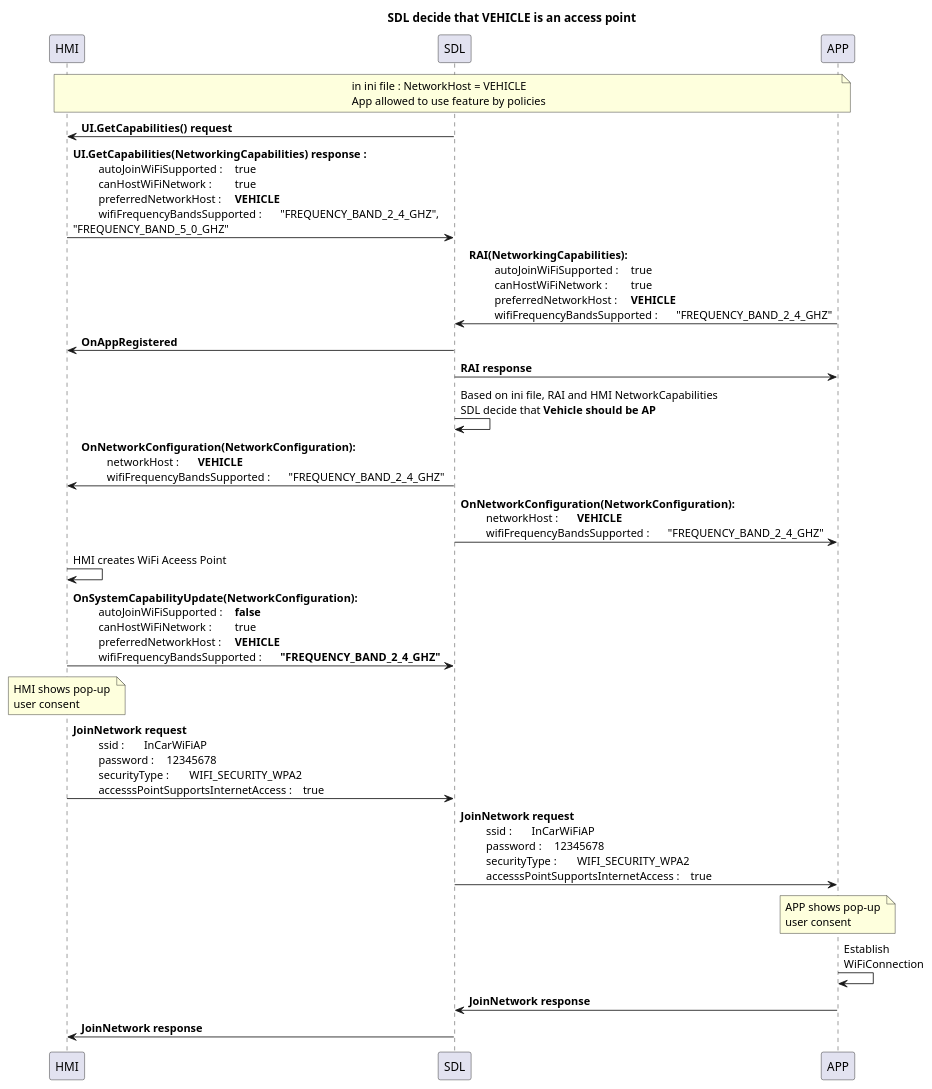
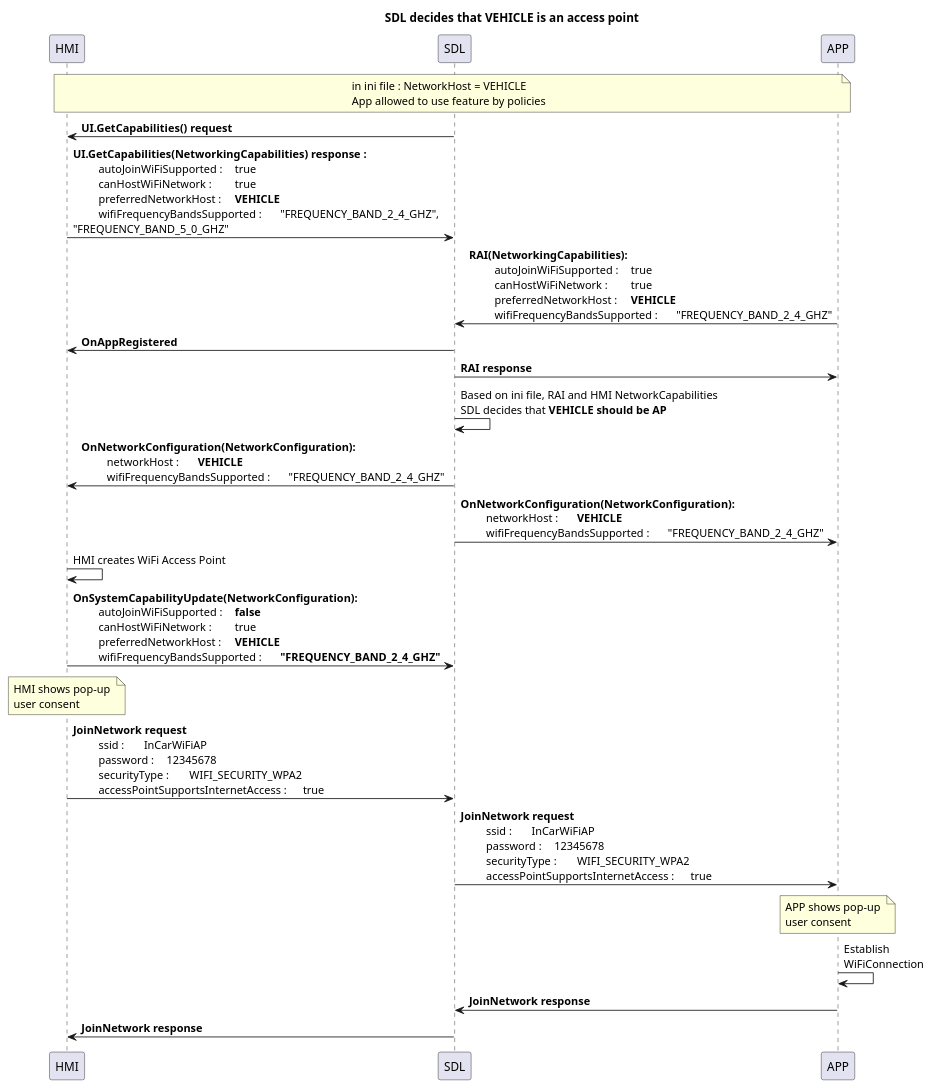
Before and after one commit to smartdevicelink/sdl_evolution: the diagram in assets/proposals/0245-sharing-wifi-ssid-and-password/vehicle_access_point.puml, drawn with PlantUML. The commit also changed 8 other files, not shown here.

```diff
--- a/assets/proposals/0245-sharing-wifi-ssid-and-password/vehicle_access_point.puml
+++ b/assets/proposals/0245-sharing-wifi-ssid-and-password/vehicle_access_point.puml
@@ -1,75 +1,75 @@
 @startuml
 !pragma teoz true
 
 
-title SDL decide that VEHICLE is an access point
+title SDL decides that VEHICLE is an access point
 
 participant HMI
 participant SDL
 participant APP
 
 note over HMI, APP: in ini file : NetworkHost = VEHICLE \n\
 App allowed to use feature by policies
 
 SDL -> HMI : <b>UI.GetCapabilities() request
 HMI -> SDL : <b>UI.GetCapabilities(NetworkingCapabilities) response : \n\
 \t autoJoinWiFiSupported : \t true \n\
 \t canHostWiFiNetwork : \t true \n\
 \t preferredNetworkHost : \t **VEHICLE** \n\
 \t wifiFrequencyBandsSupported : \t "FREQUENCY_BAND_2_4_GHZ",\n\
 "FREQUENCY_BAND_5_0_GHZ" 
 
 
 APP -> SDL : <b>RAI(NetworkingCapabilities): \n\
 \t autoJoinWiFiSupported : \t true \n\
 \t canHostWiFiNetwork : \t true \n\
 \t preferredNetworkHost : \t **VEHICLE** \n\
 \t wifiFrequencyBandsSupported : \t "FREQUENCY_BAND_2_4_GHZ" 
 
 SDL -> HMI : <b>OnAppRegistered 
 SDL -> APP : <b>RAI response 
 
 SDL -> SDL : Based on ini file, RAI and HMI NetworkCapabilities\n\
-SDL decide that **Vehicle should be AP** 
+SDL decides that **VEHICLE should be AP** 
 
 SDL -> HMI:  <b>OnNetworkConfiguration(NetworkConfiguration): \n\
 \t networkHost : \t **VEHICLE** \n\
 \t wifiFrequencyBandsSupported : \t "FREQUENCY_BAND_2_4_GHZ" 
 
 SDL -> APP:  <b>OnNetworkConfiguration(NetworkConfiguration): \n\
 \t networkHost : \t **VEHICLE** \n\
 \t wifiFrequencyBandsSupported : \t "FREQUENCY_BAND_2_4_GHZ" 
 
-HMI -> HMI : HMI creates WiFi Aceess Point
+HMI -> HMI : HMI creates WiFi Access Point
 
 HMI -> SDL:  <b>OnSystemCapabilityUpdate(NetworkConfiguration): \n\
 \t autoJoinWiFiSupported : \t **false** \n\
 \t canHostWiFiNetwork : \t true \n\
 \t preferredNetworkHost : \t **VEHICLE** \n\
 \t wifiFrequencyBandsSupported : \t <b>"FREQUENCY_BAND_2_4_GHZ" 
 
 note over HMI: HMI shows pop-up \n\
 user consent 
 
 HMI -> SDL: <b>JoinNetwork request\n\
 \t ssid : \t InCarWiFiAP \n\
 \t password : \t 12345678 \n\
 \t securityType : \t WIFI_SECURITY_WPA2 \n\
-\t accesssPointSupportsInternetAccess : \t true 
+\t accessPointSupportsInternetAccess : \t true 
 
 SDL -> APP: <b>JoinNetwork request\n\
 \t ssid : \t InCarWiFiAP \n\
 \t password : \t 12345678 \n\
 \t securityType : \t WIFI_SECURITY_WPA2 \n\
-\t accesssPointSupportsInternetAccess : \t true 
+\t accessPointSupportsInternetAccess : \t true 
 
 note over APP: APP shows pop-up \n\
 user consent 
 
 APP -> APP : Establish \n\
 WiFiConnection
 
 APP -> SDL : <b>JoinNetwork response
 SDL -> HMI : <b>JoinNetwork response
 
 @enduml
```
